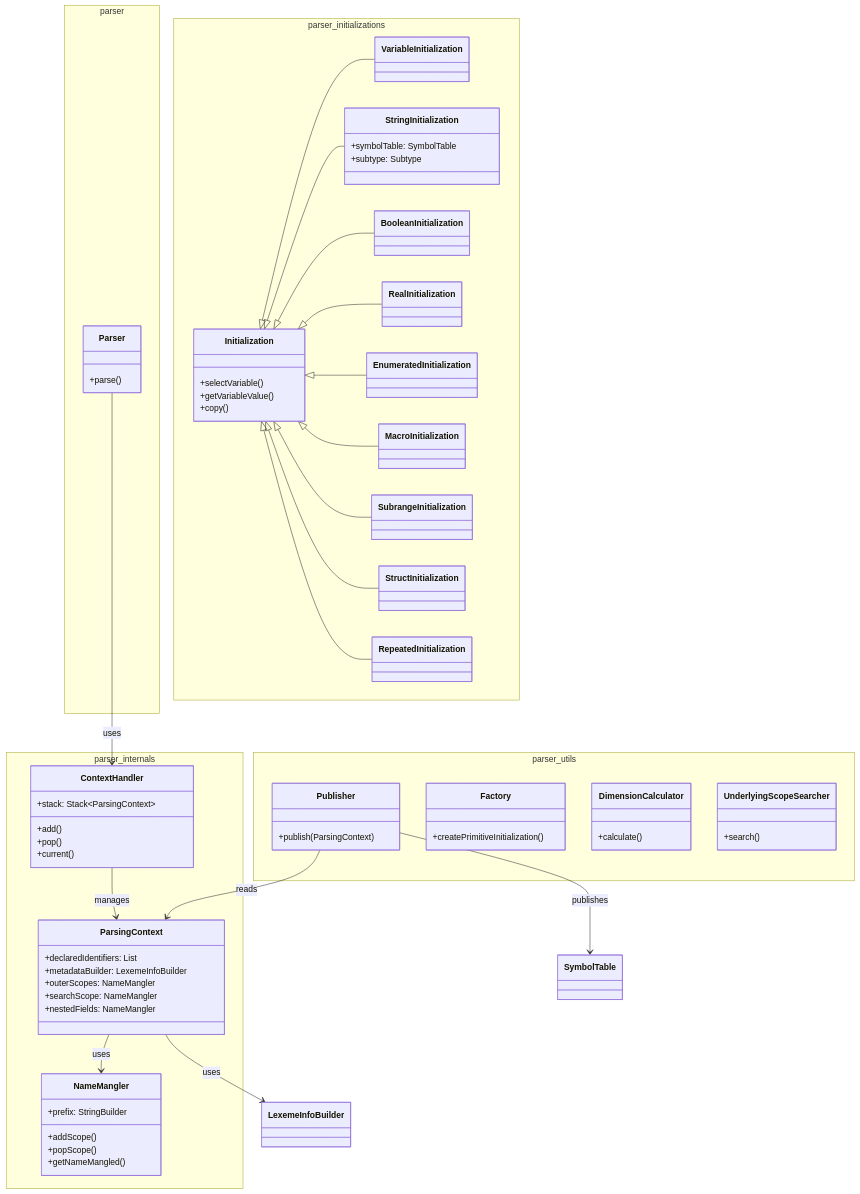
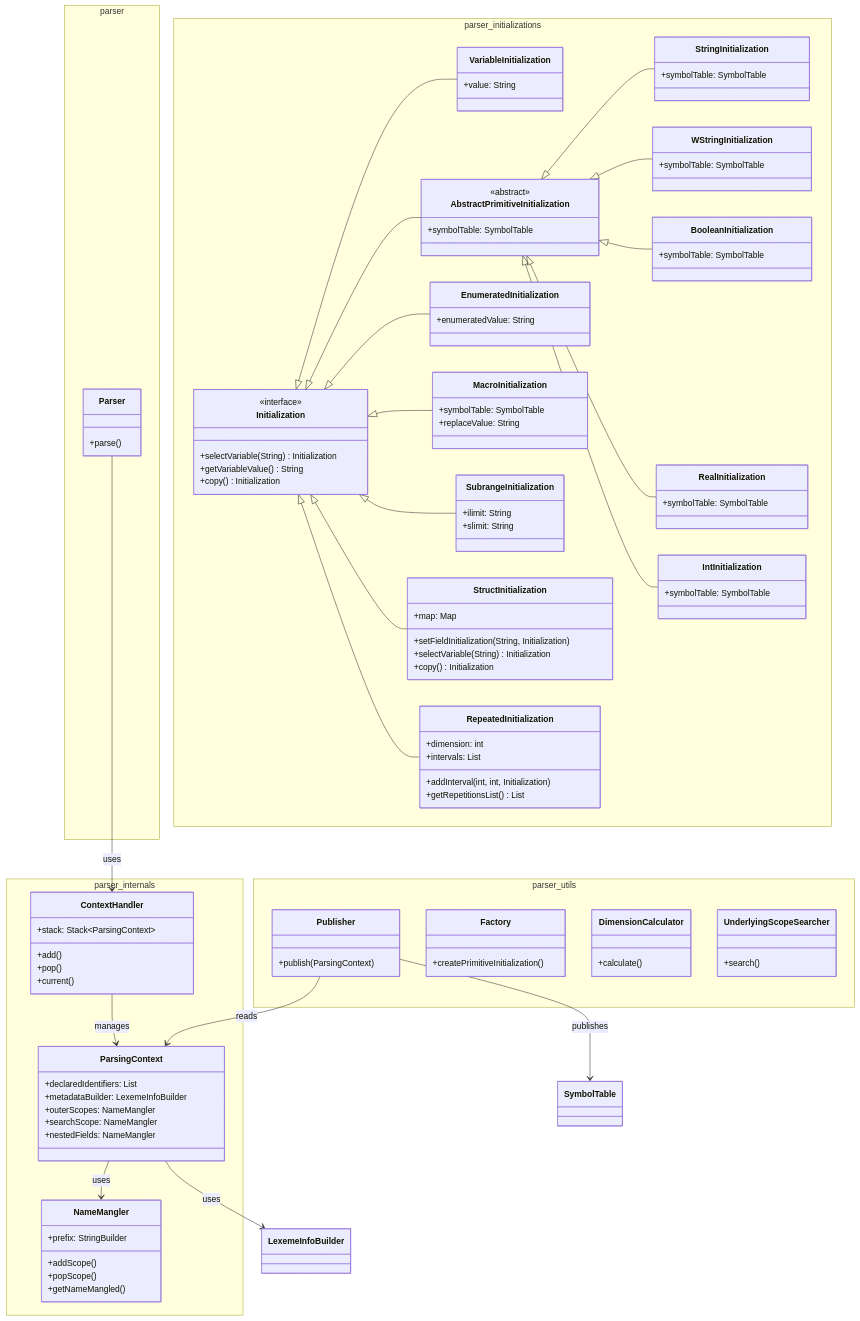
One commit to PascalUser/FLC-IEC61131-7 changed the diagram in doc/diagrams/parser_class_diagram.mmd. Above: the diagram before and after it, drawn with Mermaid. The commit also changed 46 other files, not shown here.

```diff
--- a/doc/diagrams/parser_class_diagram.mmd
+++ b/doc/diagrams/parser_class_diagram.mmd
@@ -1,75 +1,112 @@
 classDiagram
     namespace parser {
         class Parser {
             +parse()
         }
     }
     namespace parser_internals {
         class ContextHandler {
             +stack: Stack~ParsingContext~
             +add()
             +pop()
             +current()
         }
         class ParsingContext {
             +declaredIdentifiers: List
             +metadataBuilder: LexemeInfoBuilder
             +outerScopes: NameMangler
             +searchScope: NameMangler
             +nestedFields: NameMangler
         }
         class NameMangler {
             +prefix: StringBuilder
             +addScope()
             +popScope()
             +getNameMangled()
         }
     }
     namespace parser_utils {
         class Publisher {
             +publish(ParsingContext)
         }
         class Factory {
             +createPrimitiveInitialization()
         }
         class DimensionCalculator {
             +calculate()
         }
         class UnderlyingScopeSearcher {
             +search()
         }
     }
     namespace parser_initializations {
         class Initialization {
-            +selectVariable()
-            +getVariableValue()
-            +copy()
+            <<interface>>
+            +selectVariable(String) Initialization
+            +getVariableValue() String
+            +copy() Initialization
         }
-        class VariableInitialization
+        class VariableInitialization {
+            +value: String
+        }
+        class AbstractPrimitiveInitialization {
+            <<abstract>>
+            +symbolTable: SymbolTable
+        }
         class StringInitialization {
             +symbolTable: SymbolTable
-            +subtype: Subtype
         }
-        class BooleanInitialization
-        class RealInitialization
-        class EnumeratedInitialization
-        class MacroInitialization
-        class SubrangeInitialization
-        class StructInitialization
-        class RepeatedInitialization
+        class WStringInitialization {
+            +symbolTable: SymbolTable
+        }
+        class BooleanInitialization {
+            +symbolTable: SymbolTable
+        }
+        class RealInitialization {
+            +symbolTable: SymbolTable
+        }
+        class IntInitialization {
+            +symbolTable: SymbolTable
+        }
+        class EnumeratedInitialization {
+            +enumeratedValue: String
+        }
+        class MacroInitialization {
+            +symbolTable: SymbolTable
+            +replaceValue: String
+        }
+        class SubrangeInitialization {
+            +ilimit: String
+            +slimit: String
+        }
+        class StructInitialization {
+            +map: Map
+            +setFieldInitialization(String, Initialization)
+            +selectVariable(String) Initialization
+            +copy() Initialization
+        }
+        class RepeatedInitialization {
+            +dimension: int
+            +intervals: List
+            +addInterval(int, int, Initialization)
+            +getRepetitionsList() List
+        }
     }
     Initialization <|-- VariableInitialization
-    Initialization <|-- StringInitialization
-    Initialization <|-- BooleanInitialization
-    Initialization <|-- RealInitialization
+    Initialization <|-- AbstractPrimitiveInitialization
+    AbstractPrimitiveInitialization <|-- StringInitialization
+    AbstractPrimitiveInitialization <|-- WStringInitialization
+    AbstractPrimitiveInitialization <|-- BooleanInitialization
+    AbstractPrimitiveInitialization <|-- RealInitialization
+    AbstractPrimitiveInitialization <|-- IntInitialization
     Initialization <|-- EnumeratedInitialization
     Initialization <|-- MacroInitialization
     Initialization <|-- SubrangeInitialization
     Initialization <|-- StructInitialization
     Initialization <|-- RepeatedInitialization
     Parser --> ContextHandler : uses
     ContextHandler --> ParsingContext : manages
     ParsingContext --> NameMangler : uses
     ParsingContext --> LexemeInfoBuilder : uses
     Publisher --> SymbolTable : publishes
     Publisher --> ParsingContext : reads
```
